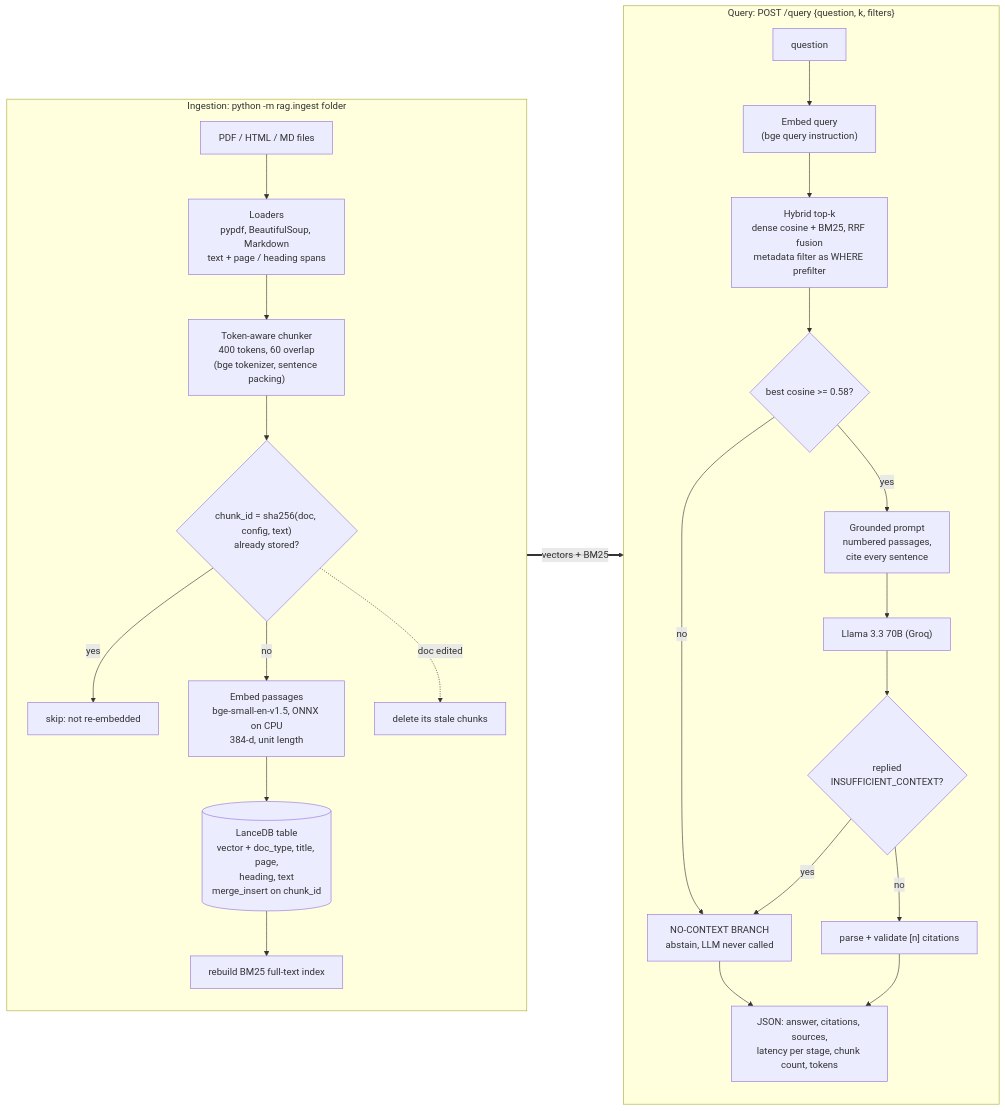
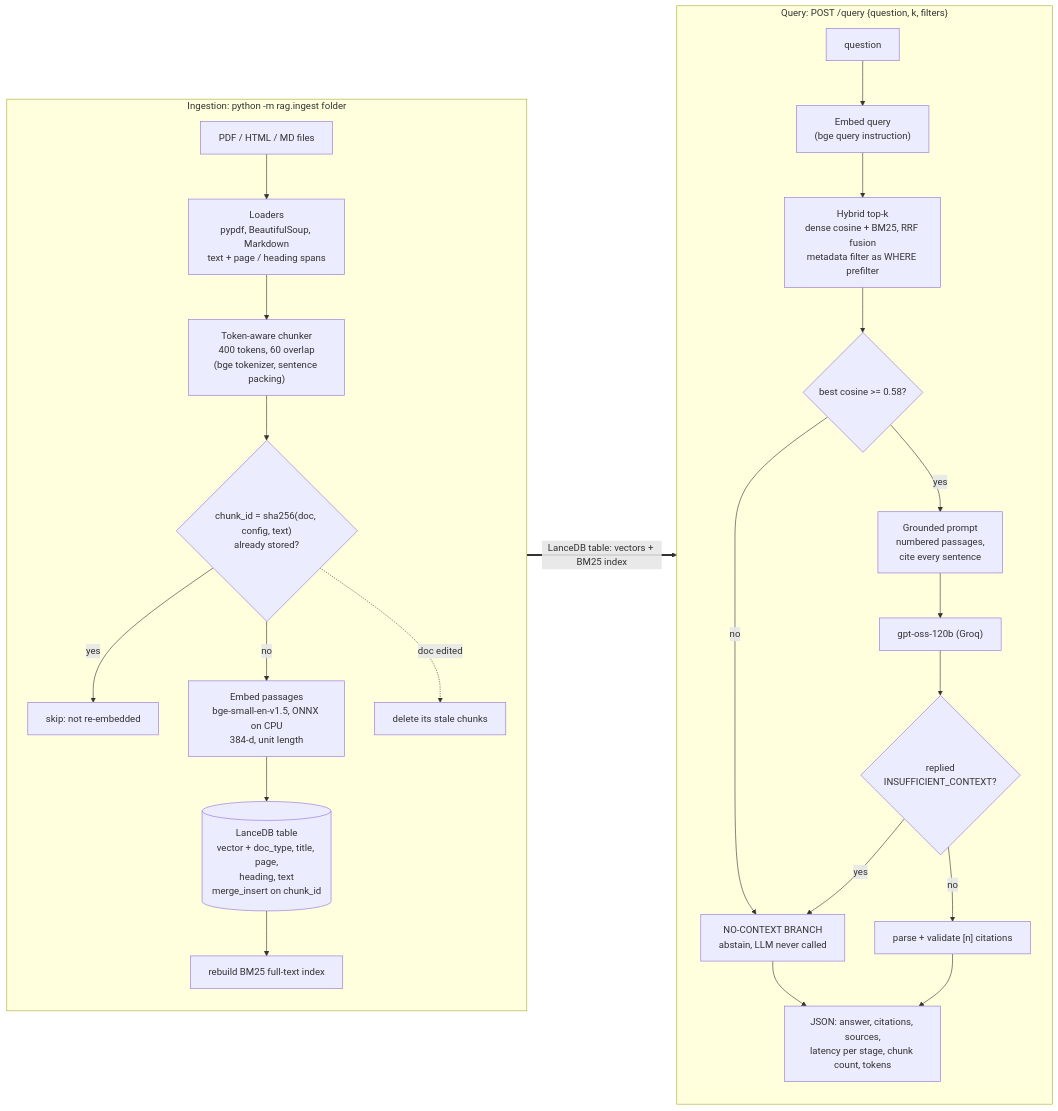
One commit to DevankS5/applied-ai-takehome changed the diagram in docs/diagrams/p1_architecture.mmd. Above: the diagram before and after it, drawn with Mermaid. The commit also changed 6 other files, not shown here.

First line of the commit message:
Docs: diagrams name the gpt-oss models and fit a page

```diff
--- a/docs/diagrams/p1_architecture.mmd
+++ b/docs/diagrams/p1_architecture.mmd
@@ -1,27 +1,27 @@
 flowchart LR
   subgraph ING["Ingestion: python -m rag.ingest folder"]
     direction TB
     A["PDF / HTML / MD files"] --> B["Loaders<br/>pypdf, BeautifulSoup, Markdown<br/>text + page / heading spans"]
     B --> C["Token-aware chunker<br/>400 tokens, 60 overlap<br/>(bge tokenizer, sentence packing)"]
     C --> D{"chunk_id = sha256(doc, config, text)<br/>already stored?"}
     D -- yes --> E["skip: not re-embedded"]
     D -- no --> F["Embed passages<br/>bge-small-en-v1.5, ONNX on CPU<br/>384-d, unit length"]
     F --> G[("LanceDB table<br/>vector + doc_type, title, page,<br/>heading, text<br/>merge_insert on chunk_id")]
     D -. "doc edited" .-> H["delete its stale chunks"]
     G --> I["rebuild BM25 full-text index"]
   end
   subgraph QRY["Query: POST /query {question, k, filters}"]
     direction TB
     Q["question"] --> R["Embed query<br/>(bge query instruction)"]
     R --> S["Hybrid top-k<br/>dense cosine + BM25, RRF fusion<br/>metadata filter as WHERE prefilter"]
     S --> T{"best cosine >= 0.58?"}
     T -- no --> U["NO-CONTEXT BRANCH<br/>abstain, LLM never called"]
     T -- yes --> V["Grounded prompt<br/>numbered passages,<br/>cite every sentence"]
-    V --> W["Llama 3.3 70B (Groq)"]
+    V --> W["gpt-oss-120b (Groq)"]
     W --> X{"replied<br/>INSUFFICIENT_CONTEXT?"}
     X -- yes --> U
     X -- no --> Y["parse + validate [n] citations"]
     Y --> Z["JSON: answer, citations, sources,<br/>latency per stage, chunk count, tokens"]
     U --> Z
   end
-  G == "vectors + BM25" ==> S
+  ING == "LanceDB table: vectors + BM25 index" ==> QRY
```
